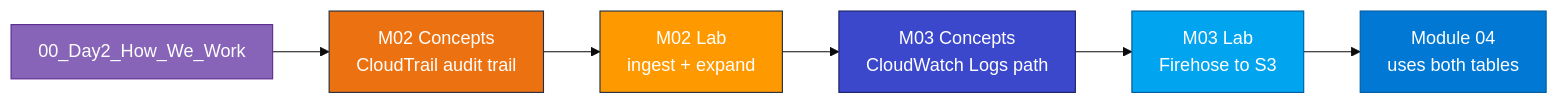
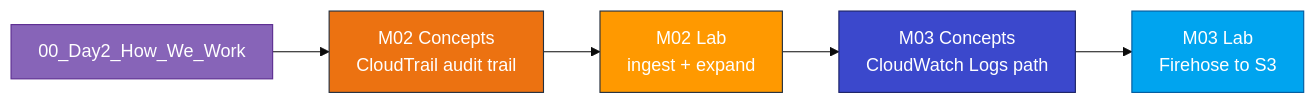
The first of 2 diagrams in 00_Day2_How_We_Work.md (atingupta2005/adx-aws-training-aug-26), drawn with Mermaid before and after one commit. The commit also changed other lines of this file and 3 other files, not shown here.

````diff
--- a/00_Day2_How_We_Work.md
+++ b/00_Day2_How_We_Work.md
@@ -7,17 +7,15 @@
 ```mermaid
 %%{init: {"theme":"base","flowchart":{"htmlLabels":true,"padding":12}}}%%
 flowchart LR
   D2["00_Day2_How_We_Work"]
   M2C["M02 Concepts<br/>CloudTrail audit trail"]
   M2L["M02 Lab<br/>ingest + expand"]
   M3C["M03 Concepts<br/>CloudWatch Logs path"]
   M3L["M03 Lab<br/>Firehose to S3"]
-  M4["Module 04<br/>uses both tables"]
-  D2 --> M2C --> M2L --> M3C --> M3L --> M4
+  D2 --> M2C --> M2L --> M3C --> M3L
   style D2 fill:#8764B8,stroke:#5C2D91,color:#fff
   style M2C fill:#EC7211,stroke:#232F3E,color:#fff
   style M2L fill:#FF9900,stroke:#232F3E,color:#fff
   style M3C fill:#3B48CC,stroke:#1B2266,color:#fff
   style M3L fill:#00A4EF,stroke:#005A9E,color:#fff
-  style M4 fill:#0078D4,stroke:#005A9E,color:#fff
 ```
````
